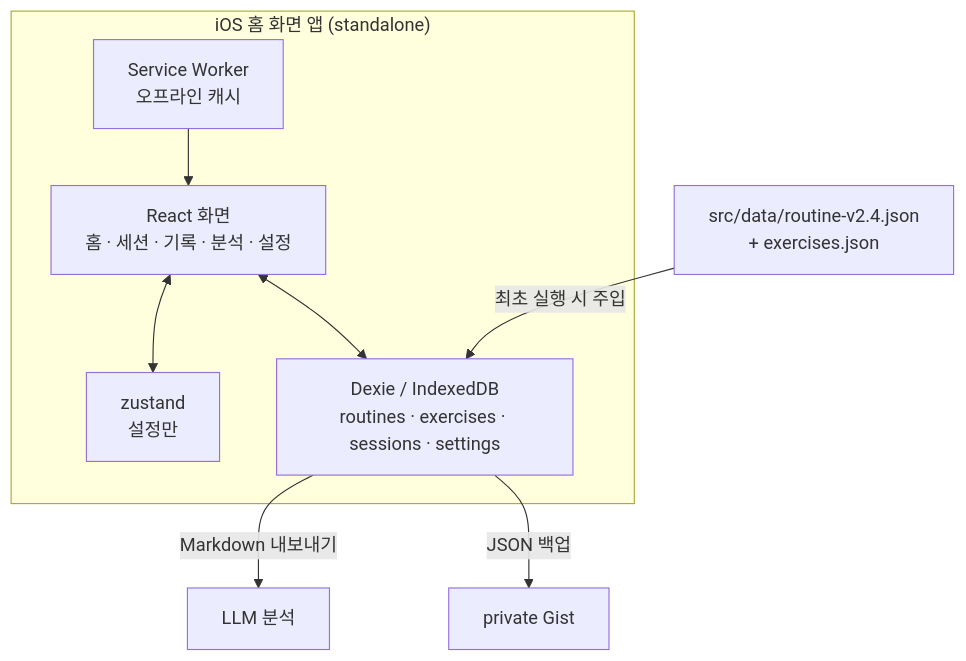
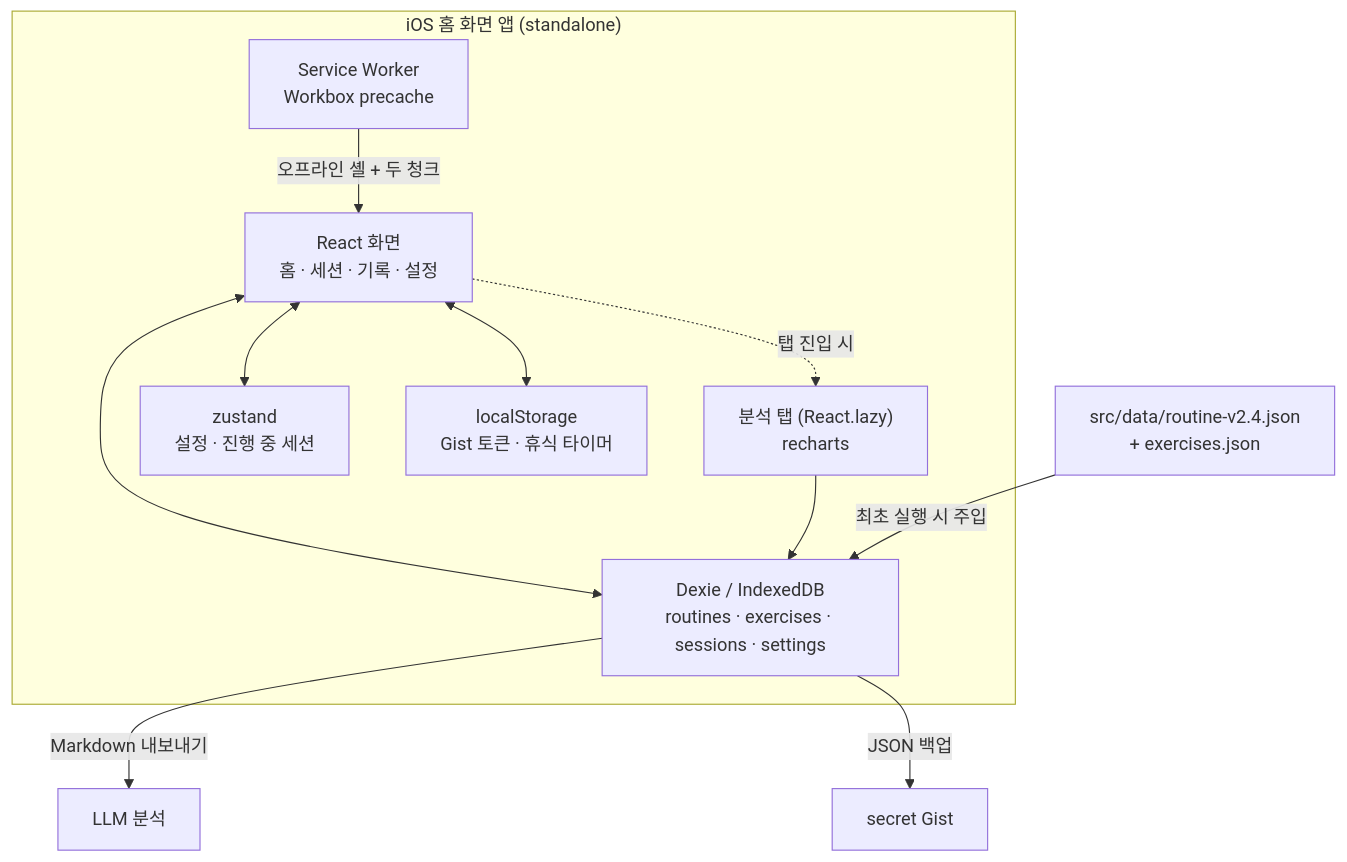
Before and after one commit to Joyanggi/workout-tracker: the second of 2 diagrams in README.md, drawn with Mermaid. The commit also changed other lines of this file and 1 other file, not shown here.

````diff
--- a/README.md
+++ b/README.md
@@ -186,16 +216,21 @@
 ```mermaid
 flowchart TB
   subgraph device["iOS 홈 화면 앱 (standalone)"]
-    UI["React 화면<br/>홈 · 세션 · 기록 · 분석 · 설정"]
-    Store["zustand<br/>설정만"]
+    UI["React 화면<br/>홈 · 세션 · 기록 · 설정"]
+    Lazy["분석 탭 (React.lazy)<br/>recharts"]
+    Store["zustand<br/>설정 · 진행 중 세션"]
     Dexie["Dexie / IndexedDB<br/>routines · exercises · sessions · settings"]
-    SW["Service Worker<br/>오프라인 캐시"]
+    LS["localStorage<br/>Gist 토큰 · 휴식 타이머"]
+    SW["Service Worker<br/>Workbox precache"]
     UI <--> Store
     UI <--> Dexie
-    SW --> UI
+    UI -.->|탭 진입 시| Lazy
+    Lazy --> Dexie
+    UI <--> LS
+    SW -->|오프라인 셸 + 두 청크| UI
   end
 
   Seed["src/data/routine-v2.4.json<br/>+ exercises.json"] -->|최초 실행 시 주입| Dexie
   Dexie -->|Markdown 내보내기| LLM["LLM 분석"]
-  Dexie -->|JSON 백업| Gist["private Gist"]
+  Dexie -->|JSON 백업| Gist["secret Gist"]
 ```
````
